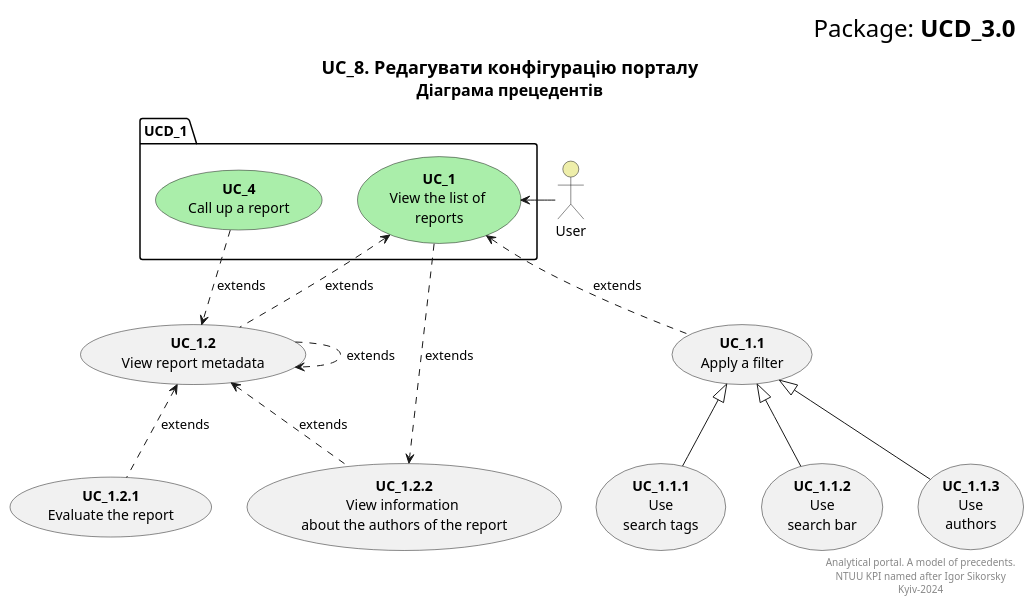
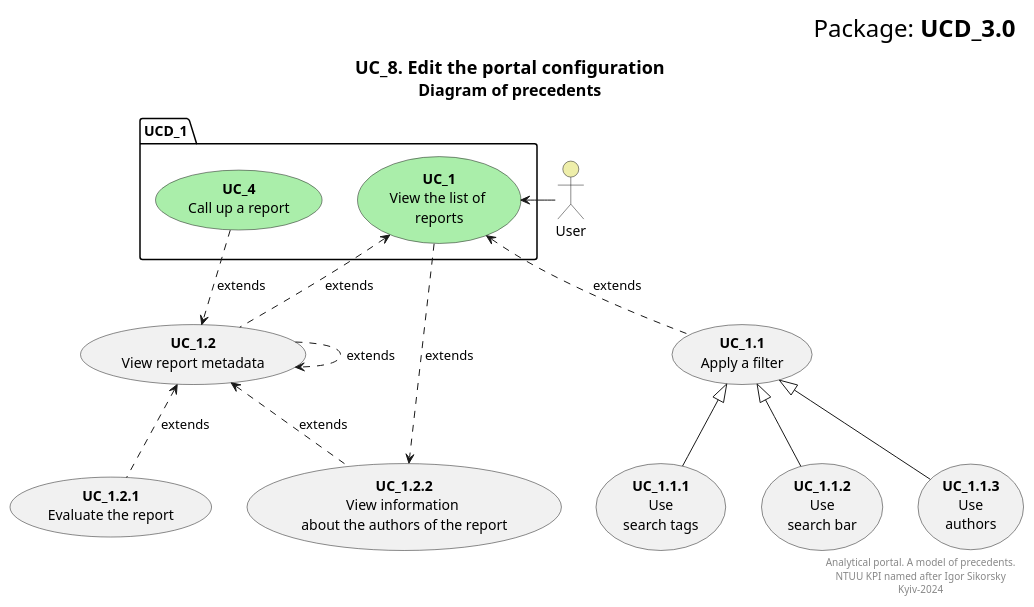
Before and after one commit to ypapish/database-course-work: the diagram in docs/use cases/index.md, drawn with PlantUML. The commit also changed other lines of this file, not shown here.

```diff
--- a/docs/use cases/index.md
+++ b/docs/use cases/index.md
@@ -88,54 +88,54 @@
 @startuml
 
     right header
         <font size=24 color=black>Package: <b>UCD_3.0
     end header
 
     title
-        <font size=18 color=black>UC_8. Редагувати конфігурацію порталу
-        <font size=16 color=black>Діаграма прецедентів
+        <font size=18 color=black>UC_8. Edit the portal configuration
+        <font size=16 color=black>Diagram of precedents
     end title
 
 
     actor "User" as User #eeeeaa
 
     package UCD_1{
         usecase "<b>UC_1</b>\nView the list of \nreports" as UC_1 #aaeeaa
     }
 
     usecase "<b>UC_1.1</b>\nApply a filter" as UC_1.1
     usecase "<b>UC_1.2</b>\nView report metadata" as UC_1.2
     usecase "<b>UC_1.2.1</b>\nEvaluate the report" as UC_1.2.1
     usecase "<b>UC_1.2.2</b>\nView information \nabout the authors of the report" as UC_1.2.2
 
     package UCD_1 {
         usecase "<b>UC_4</b>\nCall up a report" as UC_4 #aaeeaa
     }
 
     usecase "<b>UC_1.1.1</b>\n Use \nsearch tags" as UC_1.1.1
     usecase "<b>UC_1.1.2</b>\n Use \nsearch bar" as UC_1.1.2
     usecase "<b>UC_1.1.3</b>\n Use \nauthors" as UC_1.1.3
 
 
 
     User -> UC_1
     UC_1.1 .u.> UC_1 :extends
     UC_1.2 .u.> UC_1 :extends
     UC_4 .d.> UC_1.2 :extends
     UC_1.2 .> UC_1.2 :extends
     UC_1.2.1 .u.> UC_1.2 :extends
     UC_1.2.2 .u.> UC_1.2 :extends
     UC_1 ..> UC_1.2.2 :extends
 
 
     UC_1.1.1 -u-|> UC_1.1
     UC_1.1.2 -u-|> UC_1.1
     UC_1.1.3 -u-|> UC_1.1
 
     right footer
         Analytical portal. A model of precedents.
         NTUU KPI named after Igor Sikorsky
         Kyiv-2024
     end footer
 
 @enduml
```
